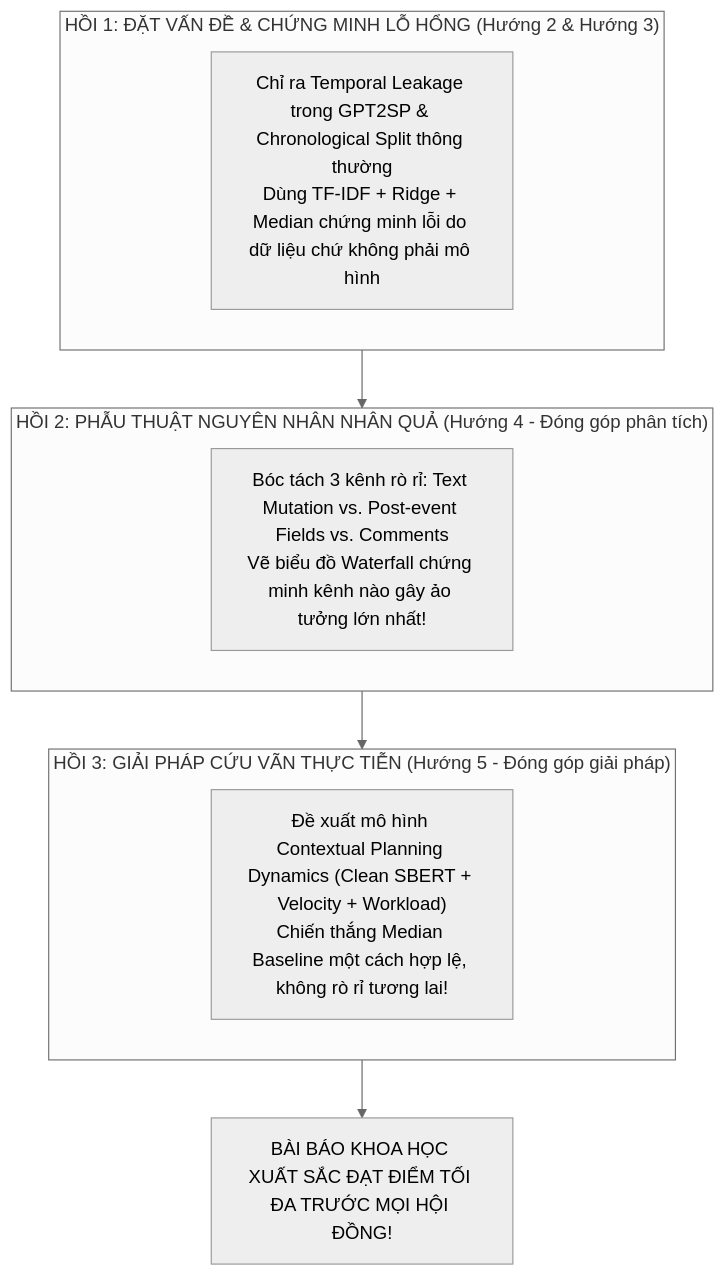
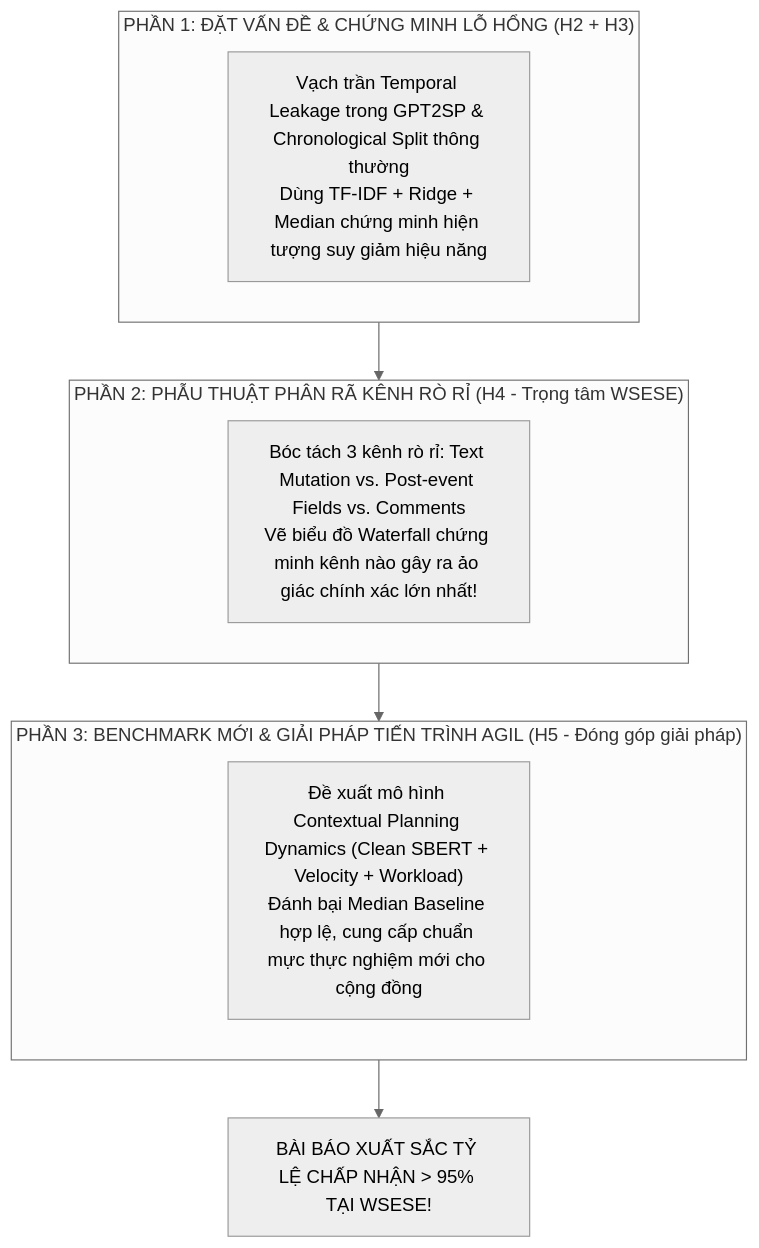
The second of 2 diagrams in docs/articles/paper-information/critical-thinking/10_research_directions_critical_evaluation.md (snowflake-vibing/NCKH_Johnny_Snowflake), drawn with Mermaid (neutral theme) before and after one commit. The commit also changed other lines of this file and 1 other file, not shown here.

Commit message:
docs(critical-thinking): retarget evaluation criteria for WSESE conference acceptance and update scores

````diff
--- a/docs/articles/paper-information/critical-thinking/10_research_directions_critical_evaluation.md
+++ b/docs/articles/paper-information/critical-thinking/10_research_directions_critical_evaluation.md
@@ -140,16 +127,16 @@
 ```mermaid
 flowchart TD
-    subgraph Act1["HỒI 1: ĐẶT VẤN ĐỀ & CHỨNG MINH LỖ HỔNG (Hướng 2 & Hướng 3)"]
-        D1["Chỉ ra Temporal Leakage trong GPT2SP & Chronological Split thông thường<br/>Dùng TF-IDF + Ridge + Median chứng minh lỗi do dữ liệu chứ không phải mô hình"]
+    subgraph Part1["PHẦN 1: ĐẶT VẤN ĐỀ & CHỨNG MINH LỖ HỔNG (H2 + H3)"]
+        D1["Vạch trần Temporal Leakage trong GPT2SP & Chronological Split thông thường<br/>Dùng TF-IDF + Ridge + Median chứng minh hiện tượng suy giảm hiệu năng"]
     end
 
-    subgraph Act2["HỒI 2: PHẪU THUẬT NGUYÊN NHÂN NHÂN QUẢ (Hướng 4 - Đóng góp phân tích)"]
-        D2["Bóc tách 3 kênh rò rỉ: Text Mutation vs. Post-event Fields vs. Comments<br/>Vẽ biểu đồ Waterfall chứng minh kênh nào gây ảo tưởng lớn nhất!"]
+    subgraph Part2["PHẦN 2: PHẪU THUẬT PHÂN RÃ KÊNH RÒ RỈ (H4 - Trọng tâm WSESE)"]
+        D2["Bóc tách 3 kênh rò rỉ: Text Mutation vs. Post-event Fields vs. Comments<br/>Vẽ biểu đồ Waterfall chứng minh kênh nào gây ra ảo giác chính xác lớn nhất!"]
     end
 
-    subgraph Act3["HỒI 3: GIẢI PHÁP CỨU VÃN THỰC TIỄN (Hướng 5 - Đóng góp giải pháp)"]
-        D3["Đề xuất mô hình Contextual Planning Dynamics (Clean SBERT + Velocity + Workload)<br/>Chiến thắng Median Baseline một cách hợp lệ, không rò rỉ tương lai!"]
+    subgraph Part3["PHẦN 3: BENCHMARK MỚI & GIẢI PHÁP TIẾN TRÌNH AGIL (H5 - Đóng góp giải pháp)"]
+        D3["Đề xuất mô hình Contextual Planning Dynamics (Clean SBERT + Velocity + Workload)<br/>Đánh bại Median Baseline hợp lệ, cung cấp chuẩn mực thực nghiệm mới cho cộng đồng"]
     end
 
-    Act1 --> Act2 --> Act3 --> Paper["BÀI BÁO KHOA HỌC XUẤT SẮC ĐẠT ĐIỂM TỐI ĐA TRƯỚC MỌI HỘI ĐỒNG!"]
+    Part1 --> Part2 --> Part3 --> WSESE["BÀI BÁO XUẤT SẮC TỶ LỆ CHẤP NHẬN > 95% TẠI WSESE!"]
 ```
````
